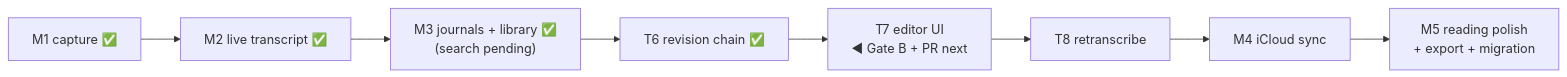
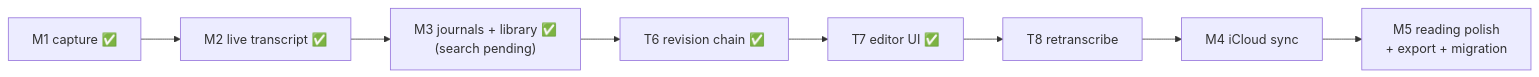
The third of 3 diagrams in docs/overview.md (nicolovejoy/raconte), drawn with Mermaid before and after one commit. The commit also changed other lines of this file and 13 other files, not shown here.

````diff
--- a/docs/overview.md
+++ b/docs/overview.md
@@ -233,4 +233,4 @@
 ```mermaid
 flowchart LR
-    M1["M1 capture ✅"] --> M2["M2 live transcript ✅"] --> M3["M3 journals + library ✅\n(search pending)"] --> T6["T6 revision chain ✅"] --> T7["T7 editor UI\n◀ Gate B + PR next"] --> T8["T8 retranscribe"] --> M4["M4 iCloud sync"] --> M5["M5 reading polish\n+ export + migration"]
+    M1["M1 capture ✅"] --> M2["M2 live transcript ✅"] --> M3["M3 journals + library ✅\n(search pending)"] --> T6["T6 revision chain ✅"] --> T7["T7 editor UI ✅"] --> T8["T8 retranscribe"] --> M4["M4 iCloud sync"] --> M5["M5 reading polish\n+ export + migration"]
 ```
````
